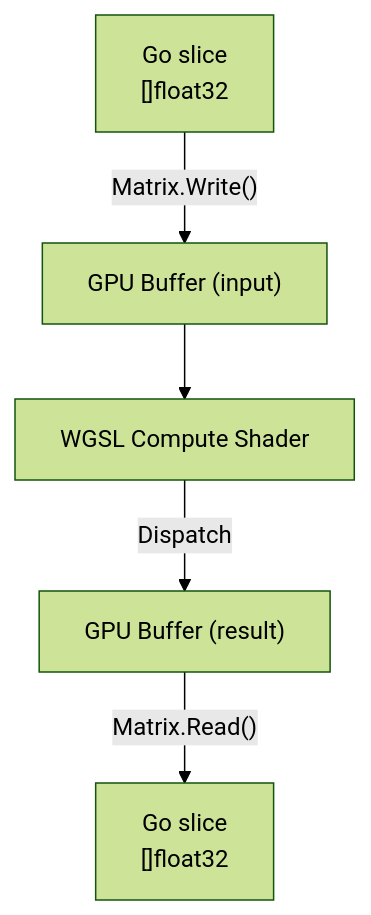
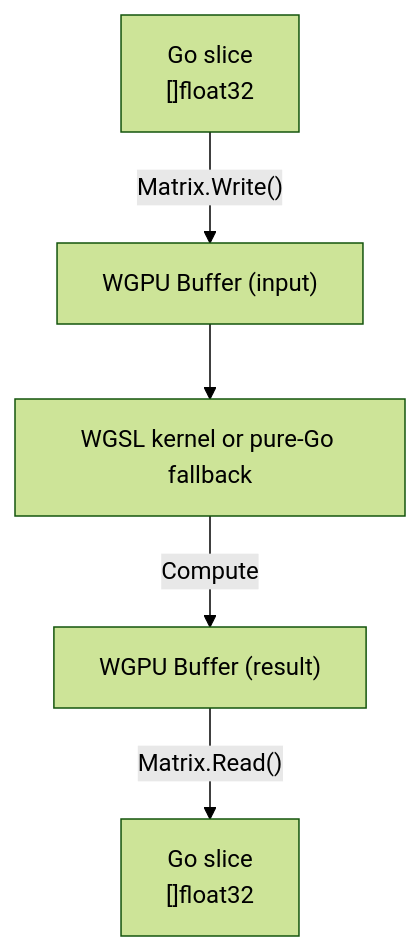
Before and after one commit to KEINOS/go-wgpu-mat: the diagram in README.md, drawn with Mermaid (forest theme). The commit also changed other lines of this file and 2 other files, not shown here.

````diff
--- a/README.md
+++ b/README.md
@@ -33,8 +33,8 @@
 ```mermaid
 flowchart TB
     A["Go slice\n[]float32"]
-    A -->|"Matrix.Write()"| B["GPU Buffer (input)"]
-    B --> C["WGSL Compute Shader"]
-    C -->|"Dispatch"| D["GPU Buffer (result)"]
+    A -->|"Matrix.Write()"| B["WGPU Buffer (input)"]
+    B --> C["WGSL kernel or pure-Go fallback"]
+    C -->|"Compute"| D["WGPU Buffer (result)"]
     D -->|"Matrix.Read()"| E["Go slice\n[]float32"]
 ```
````
